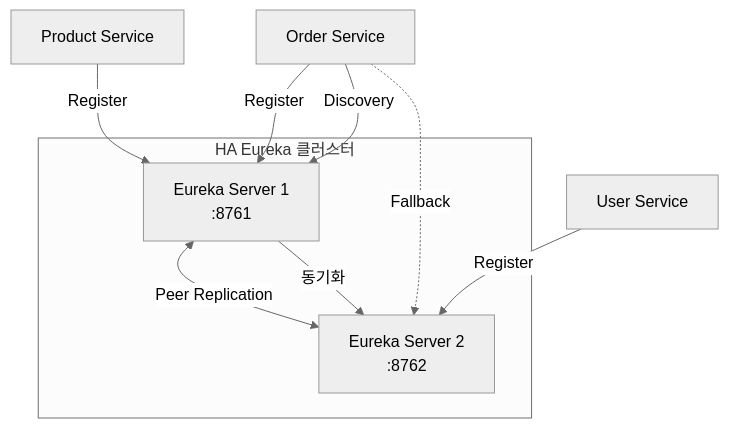
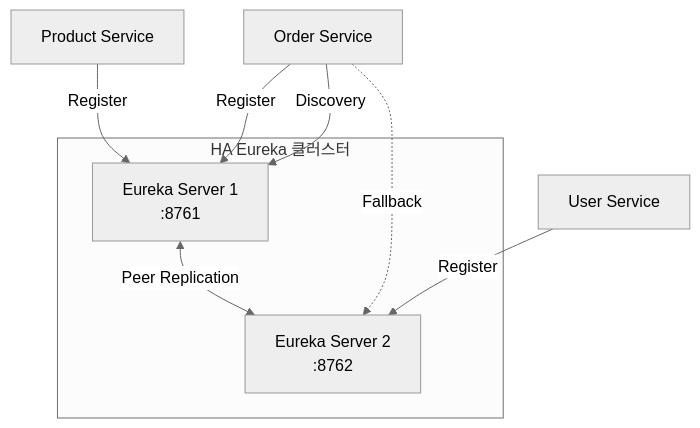
The fourth of 4 diagrams in _posts/spring/2026-05-01-spring-eureka.md (yjkim2015/yjkim2015.github.io), drawn with Mermaid (neutral theme) before and after one commit. The commit also changed other lines of this file and 34 other files, not shown here.

First line of the commit message:
Full quality pass: 41 files — ASCII removed, 동작원리 보강, diagrams

```diff
--- a/_posts/spring/2026-05-01-spring-eureka.md
+++ b/_posts/spring/2026-05-01-spring-eureka.md
@@ -441,16 +231,15 @@
 <div class="mermaid">
 graph TD
     subgraph "HA Eureka 클러스터"
-        ES1[Eureka Server 1\n:8761]
-        ES2[Eureka Server 2\n:8762]
-        ES1 <-->|Peer Replication| ES2
+        ES1["Eureka Server 1\n:8761"]
+        ES2["Eureka Server 2\n:8762"]
+        ES1 <-->|"Peer Replication"| ES2
     end
 
-    MS1[Order Service] -->|Register| ES1
-    MS2[User Service] -->|Register| ES2
-    MS3[Product Service] -->|Register| ES1
+    MS1["Order Service"] -->|"Register"| ES1
+    MS2["User Service"] -->|"Register"| ES2
+    MS3["Product Service"] -->|"Register"| ES1
 
-    ES1 -->|동기화| ES2
-    MS1 -->|Discovery| ES1
-    MS1 -.->|Fallback| ES2
+    MS1 -->|"Discovery"| ES1
+    MS1 -.->|"Fallback"| ES2
 </div>
```
